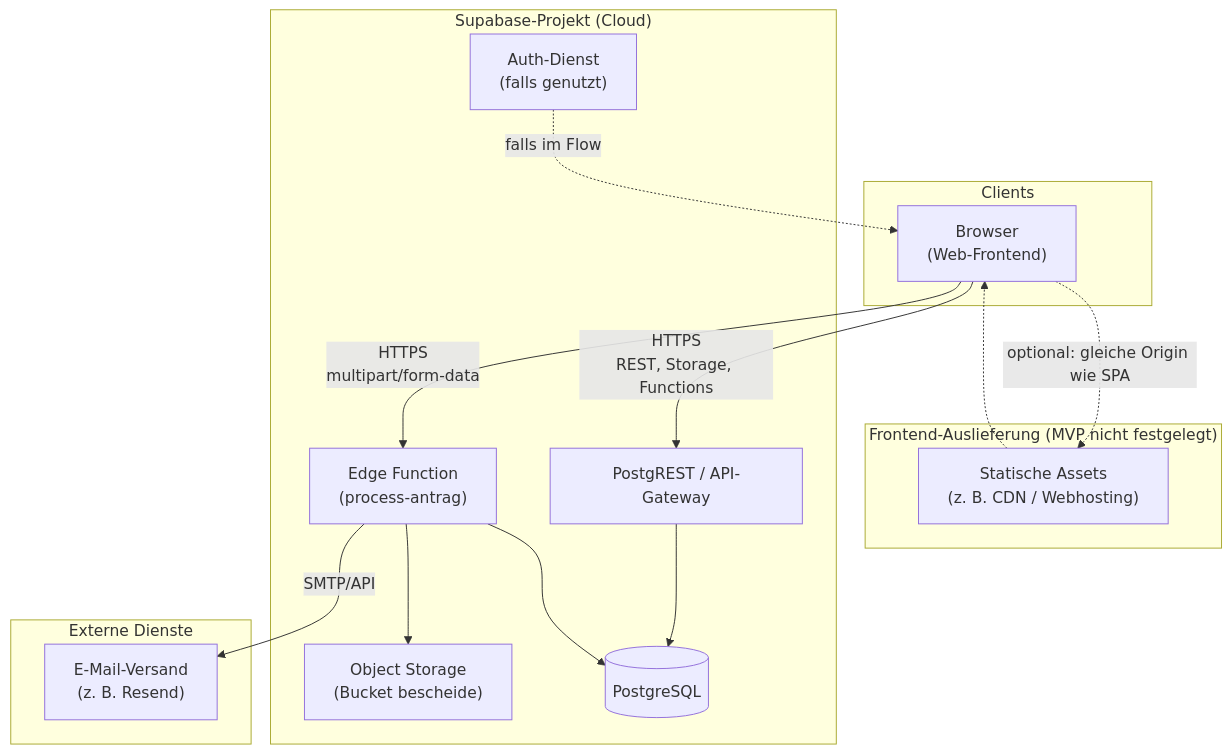
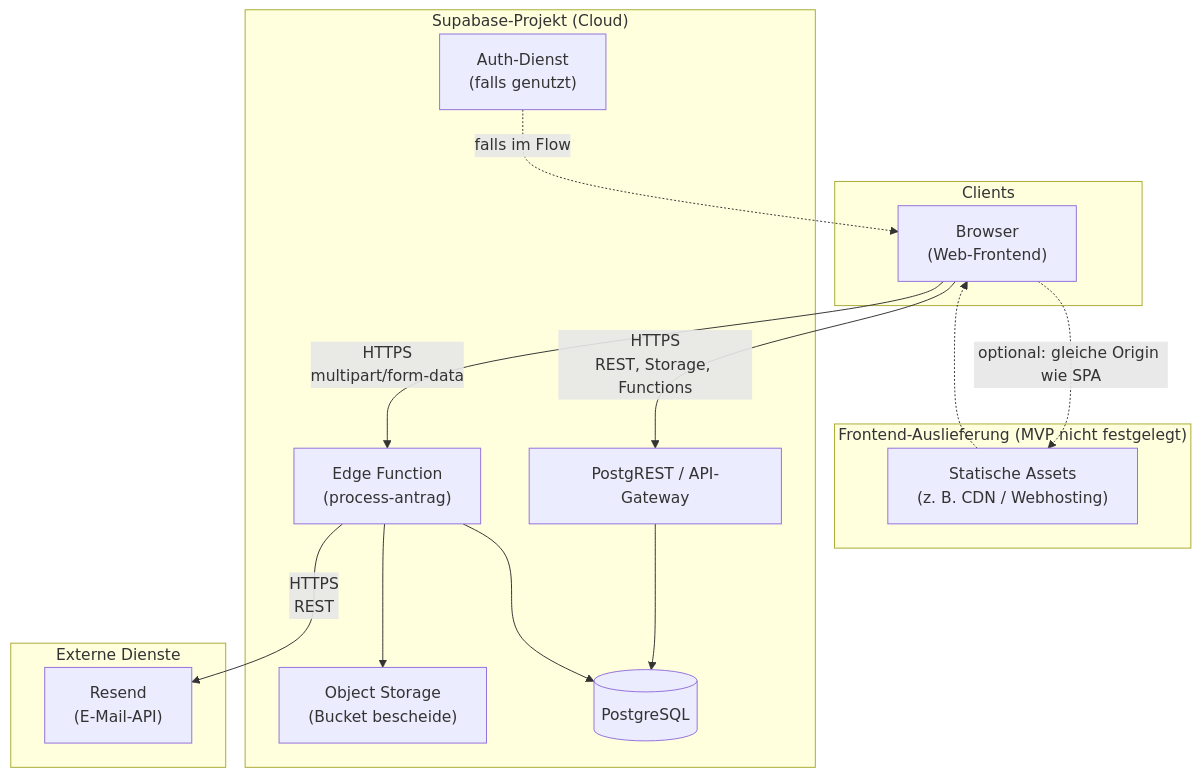
One commit to jomatotu/pflegeleicht changed the diagram in documentation/architecture/verteilungssicht.md. Above: the diagram before and after it, drawn with Mermaid. The commit also changed other lines of this file, not shown here.

Commit message:
Update architecture documentation to clarify E-Mail integration with Resend API, enhancing the description of external services and their interactions within the system architecture.

````diff
--- a/documentation/architecture/verteilungssicht.md
+++ b/documentation/architecture/verteilungssicht.md
@@ -16,32 +16,32 @@
 ```mermaid
 flowchart TB
     subgraph clients["Clients"]
         browser["Browser\n(Web-Frontend)"]
     end
 
     subgraph optional_host["Frontend-Auslieferung (MVP nicht festgelegt)"]
         static["Statische Assets\n(z. B. CDN / Webhosting)"]
     end
 
     subgraph supabase_cloud["Supabase-Projekt (Cloud)"]
         api["PostgREST / API-Gateway"]
         fn["Edge Function\n(process-antrag)"]
         storage["Object Storage\n(Bucket bescheide)"]
         pg[("PostgreSQL")]
         auth["Auth-Dienst\n(falls genutzt)"]
     end
 
     subgraph external["Externe Dienste"]
-        resend["E-Mail-Versand\n(z. B. Resend)"]
+        resend["Resend\n(E-Mail-API)"]
     end
 
     browser -->|"HTTPS\nREST, Storage, Functions"| api
     browser -->|"HTTPS\nmultipart/form-data"| fn
     browser -.->|"optional: gleiche Origin wie SPA"| static
     static -.-> browser
     api --> pg
     fn --> pg
     fn --> storage
-    fn -->|"SMTP/API"| resend
+    fn -->|"HTTPS\nREST"| resend
     auth -.->|"falls im Flow"| browser
 ```
````
